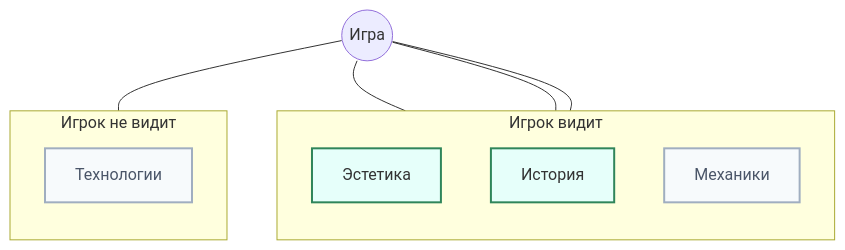
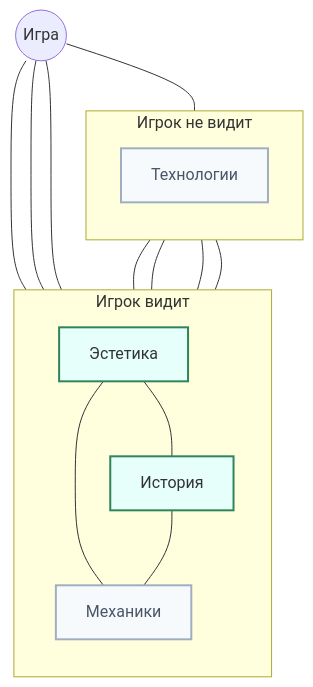
Before and after one commit to TrEtLiz/prepod: the diagram in prepod/lec1.md, drawn with Mermaid.

````diff
--- a/prepod/lec1.md
+++ b/prepod/lec1.md
@@ -187,31 +187,39 @@
 ```mermaid
 flowchart TB
     %% Горизонт видимости игрока
     subgraph VISIBLE[Игрок видит]
       direction TB
       A[Эстетика]
       R[История]
       M[Механики]
     end
 
     subgraph HIDDEN[Игрок не видит]
       direction TB
       R[История]
       M[Механики]
       T[Технологии]
     end
 
     %% Связи от центра "Игра"
     C((Игра))
     C --- A
     C --- R
     C --- M
     C --- T
+    A --- R
+    A --- M
+    A --- T
+    R --- T
+    R --- M
+    M --- T
+    T --- A
+
 
     %% Визуальные подсказки
     classDef seen stroke-width:2px,stroke:#2f855a,fill:#e6fffa;
     classDef hidden stroke-width:2px,stroke:#a0aec0,fill:#f7fafc,color:#4a5568;
 
     class A,R seen;
     class M,T hidden;
 ```
````
